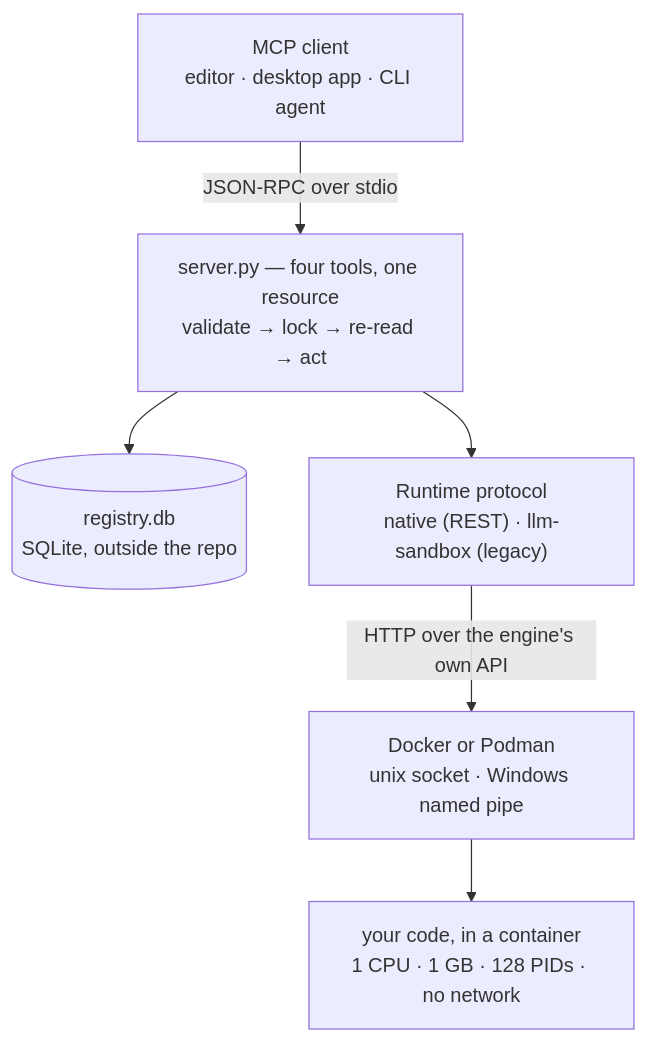
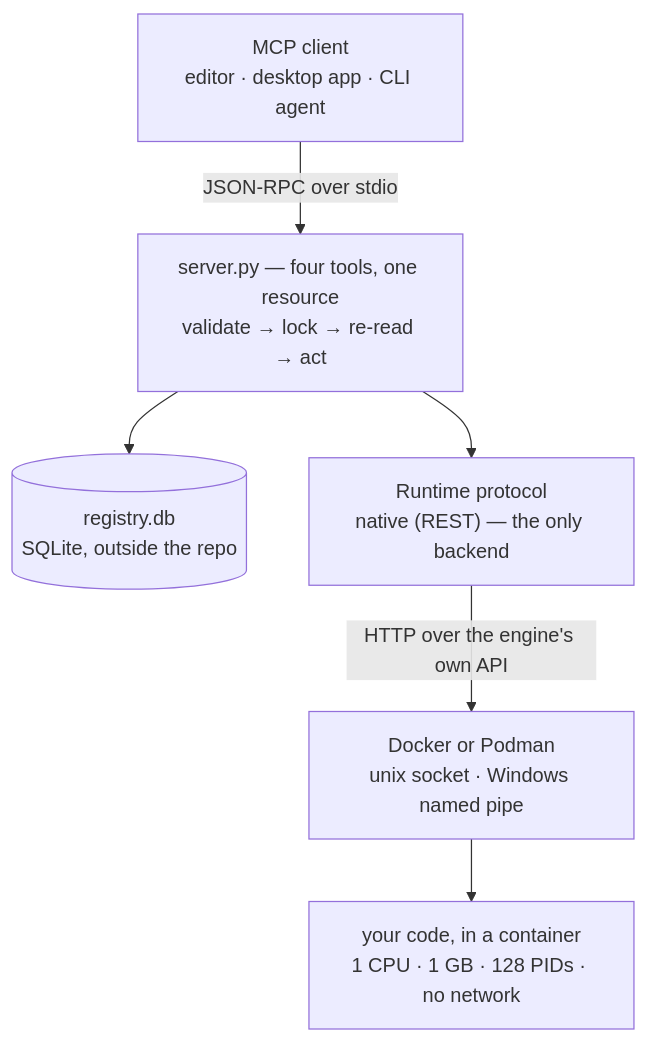
One commit to Sanjay7089/hyperbox-mcp changed the diagram in docs/architecture.md. Above: the diagram before and after it, drawn with Mermaid. The commit also changed other lines of this file and 24 other files, not shown here.

````diff
--- a/docs/architecture.md
+++ b/docs/architecture.md
@@ -9,15 +9,15 @@
 ```mermaid
 flowchart TB
     client["MCP client<br/>editor · desktop app · CLI agent"]
     server["server.py — four tools, one resource<br/>validate → lock → re-read → act"]
     registry[("registry.db<br/>SQLite, outside the repo")]
-    runtime["Runtime protocol<br/>native (REST) · llm-sandbox (legacy)"]
+    runtime["Runtime protocol<br/>native (REST) — the only backend"]
     engine["Docker or Podman<br/>unix socket · Windows named pipe"]
     box["your code, in a container<br/>1 CPU · 1 GB · 128 PIDs · no network"]
 
     client -->|"JSON-RPC over stdio"| server
     server --> registry
     server --> runtime
     runtime -->|"HTTP over the engine's own API"| engine
     engine --> box
 ```
````
